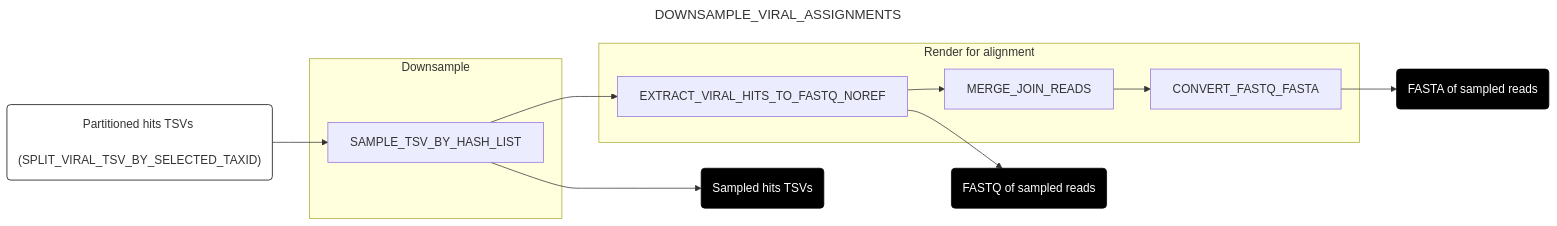
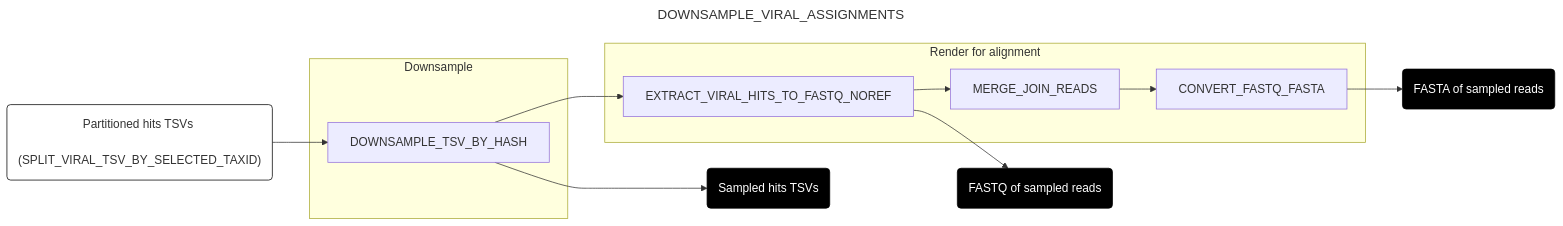
One commit to securebio/nao-mgs-workflow changed the seventh of 10 diagrams in docs/downstream.md. Above: the diagram before and after it, drawn with Mermaid. The commit also changed other lines of this file and 3 other files, not shown here.

````diff
--- a/docs/downstream.md
+++ b/docs/downstream.md
@@ -391,27 +369,27 @@
 ```mermaid
 ---
 title: DOWNSAMPLE_VIRAL_ASSIGNMENTS
 config:
   layout: horizontal
 ---
 flowchart LR
-A("Partitioned hits TSVs <br> (SPLIT_VIRAL_TSV_BY_SELECTED_TAXID)") --> B[SAMPLE_TSV_BY_HASH_LIST]
+A("Partitioned hits TSVs <br> (SPLIT_VIRAL_TSV_BY_SELECTED_TAXID)") --> B[DOWNSAMPLE_TSV_BY_HASH]
 B --> C[EXTRACT_VIRAL_HITS_TO_FASTQ_NOREF]
 C --> D[MERGE_JOIN_READS]
 D --> E[CONVERT_FASTQ_FASTA]
 B --> H(Sampled hits TSVs)
 C --> I(FASTQ of sampled reads)
 E --> G(FASTA of sampled reads)
 subgraph "Downsample"
 B
 end
 subgraph "Render for alignment"
 C
 D
 E
 end
 style A fill:#fff,stroke:#000
 style G fill:#000,color:#fff,stroke:#000
 style H fill:#000,color:#fff,stroke:#000
 style I fill:#000,color:#fff,stroke:#000
 ```
````
